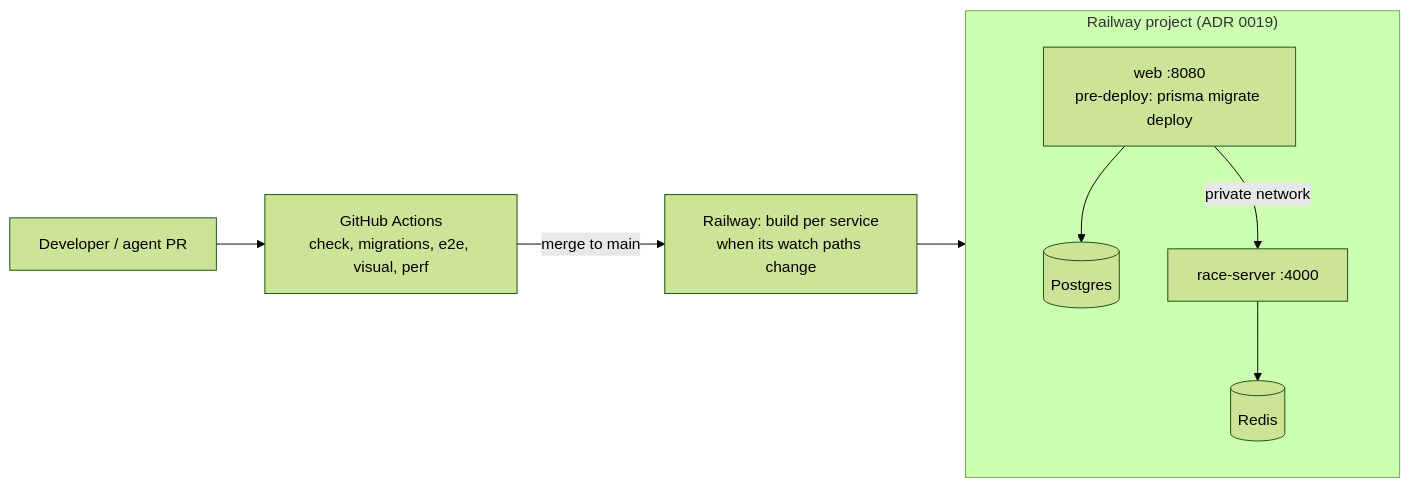
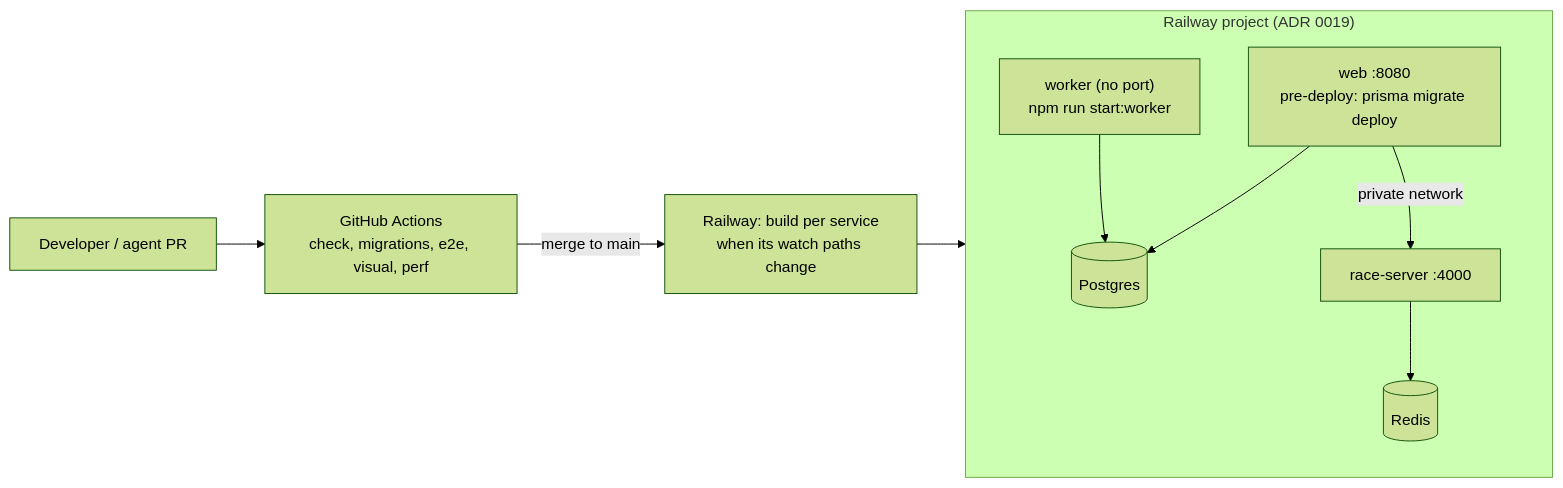
Before and after one commit to jimmy-razafindretsa/fifth-copy: the sixth of 6 diagrams in docs/architecture/ARCHITECTURE.md, drawn with Mermaid (forest theme). The commit also changed other lines of this file and 7 other files, not shown here.

First line of the commit message:
[#733] Railway worker service config, ADR 0019 amendment, ARCHITECTURE 4/11, CI bundle step, log

````diff
--- a/docs/architecture/ARCHITECTURE.md
+++ b/docs/architecture/ARCHITECTURE.md
@@ -362,13 +362,15 @@
 ```mermaid
 flowchart LR
   dev["Developer / agent PR"] --> ci["GitHub Actions<br/>check, migrations, e2e, visual, perf"]
   ci -->|merge to main| railway["Railway: build per service<br/>when its watch paths change"]
   subgraph rw["Railway project (ADR 0019)"]
     web["web :8080<br/>pre-deploy: prisma migrate deploy"]
     race["race-server :4000"]
+    worker["worker (no port)<br/>npm run start:worker"]
     web --> pg[("Postgres")]
+    worker --> pg
     race --> redis[("Redis")]
     web -->|private network| race
   end
   railway --> rw
 ```
````
